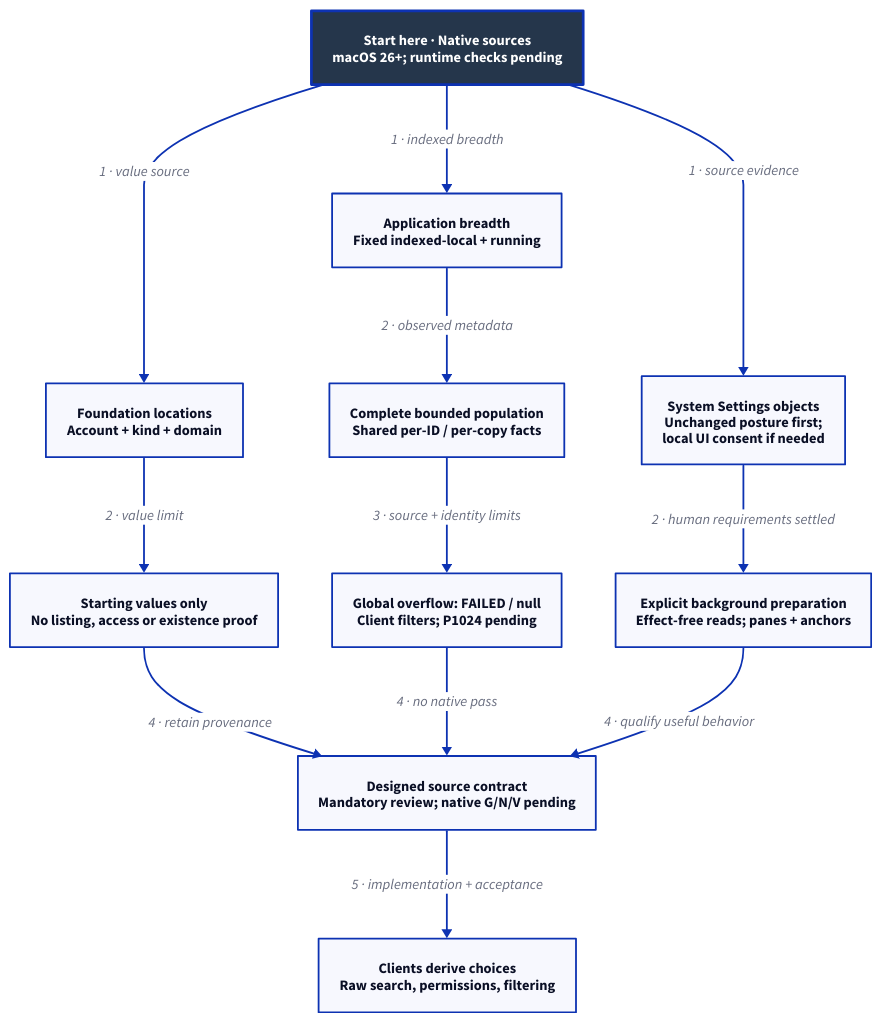
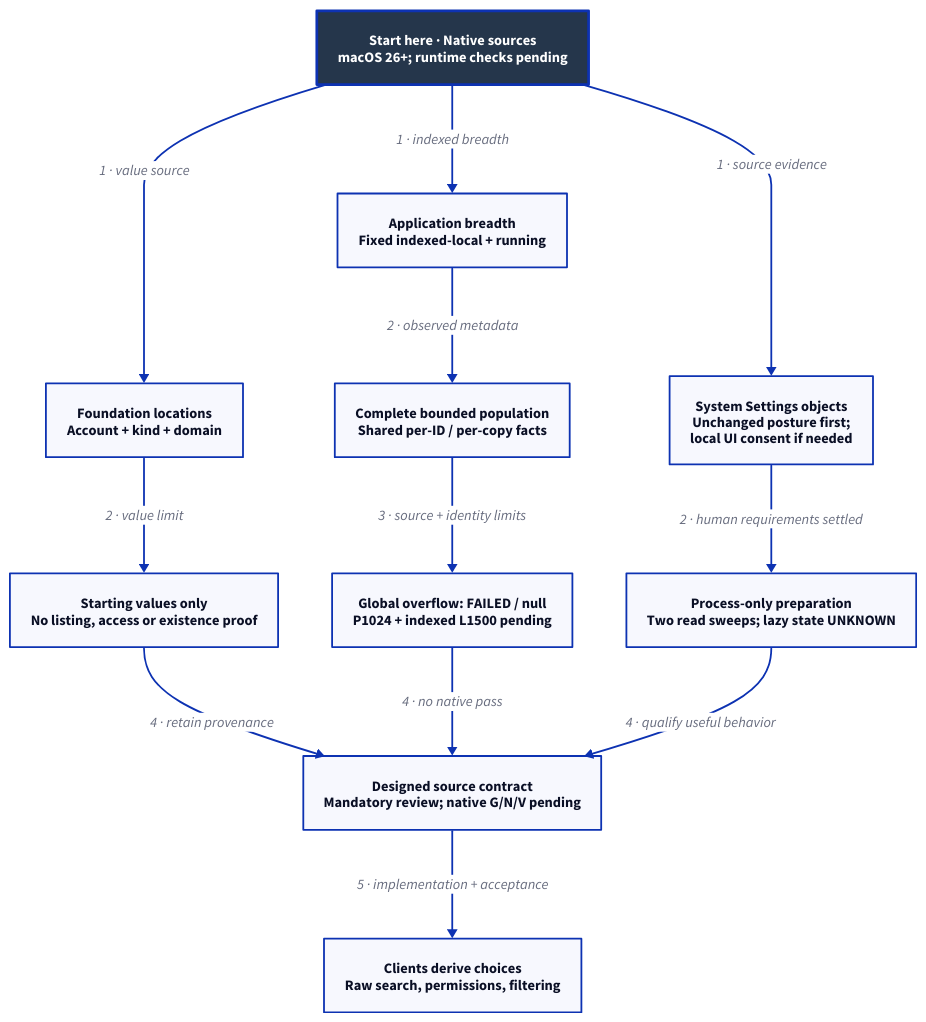
One commit to Linkuistics/Koine changed the diagram in docs/design/architecture/native-discovery-sources.d2. Above: the diagram before and after it, drawn with D2. The commit also changed 101 other files, not shown here.

```diff
--- a/docs/design/architecture/native-discovery-sources.d2
+++ b/docs/design/architecture/native-discovery-sources.d2
@@ -1,26 +1,26 @@
 # Bounded source analysis and agreed settings route; no qualified runtime backend.
 direction: down
 classes: {
   start: {style: {fill: "#25364B"; font-color: "#FFFFFF"; bold: true; stroke-width: 3}}
 }
 Start: "Start here · Native sources\nmacOS 26+; runtime checks pending" {class: start}
 Locations: "Foundation locations\nAccount + kind + domain"
 LocationLimit: "Starting values only\nNo listing, access or existence proof"
 Apps: "Application breadth\nFixed indexed-local + running"
 Copies: "Complete bounded population\nShared per-ID / per-copy facts"
-AppLimit: "Global overflow: FAILED / null\nClient filters; P1024 pending"
+AppLimit: "Global overflow: FAILED / null\nP1024 + indexed L1500 pending"
 Settings: "System Settings objects\nUnchanged posture first;\nlocal UI consent if needed"
-Choice: "Explicit background preparation\nEffect-free reads; panes + anchors"
+Choice: "Process-only preparation\nTwo read sweeps; lazy state UNKNOWN"
 Contract: "Designed source contract\nMandatory review; native G/N/V pending"
 Client: "Clients derive choices\nRaw search, permissions, filtering"
 Start -> Locations: "1 · value source"
 Locations -> LocationLimit: "2 · value limit"
 Start -> Apps: "1 · indexed breadth"
 Apps -> Copies: "2 · observed metadata"
 Copies -> AppLimit: "3 · source + identity limits"
 Start -> Settings: "1 · source evidence"
 Settings -> Choice: "2 · human requirements settled"
 LocationLimit -> Contract: "4 · retain provenance"
 AppLimit -> Contract: "4 · no native pass"
 Choice -> Contract: "4 · qualify useful behavior"
 Contract -> Client: "5 · implementation + acceptance"
```
